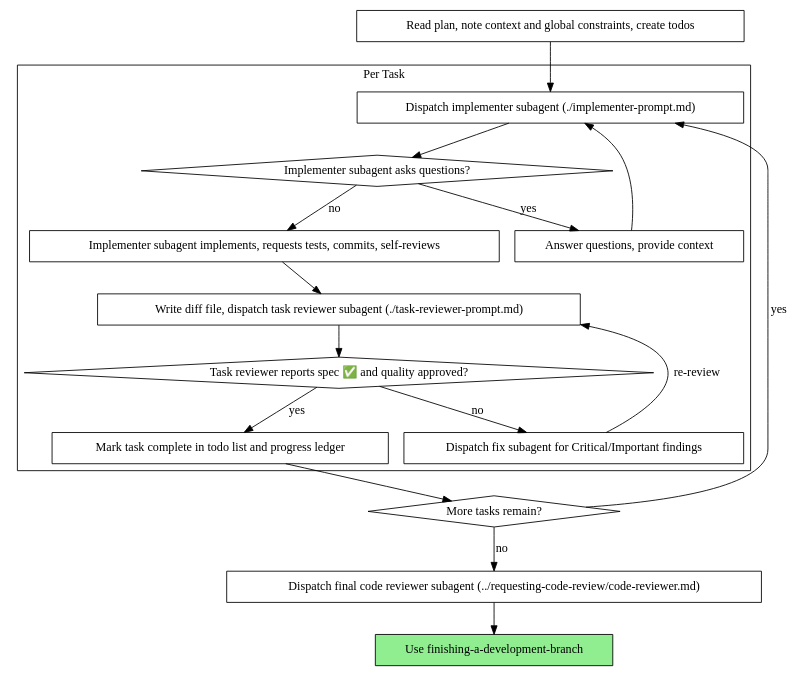
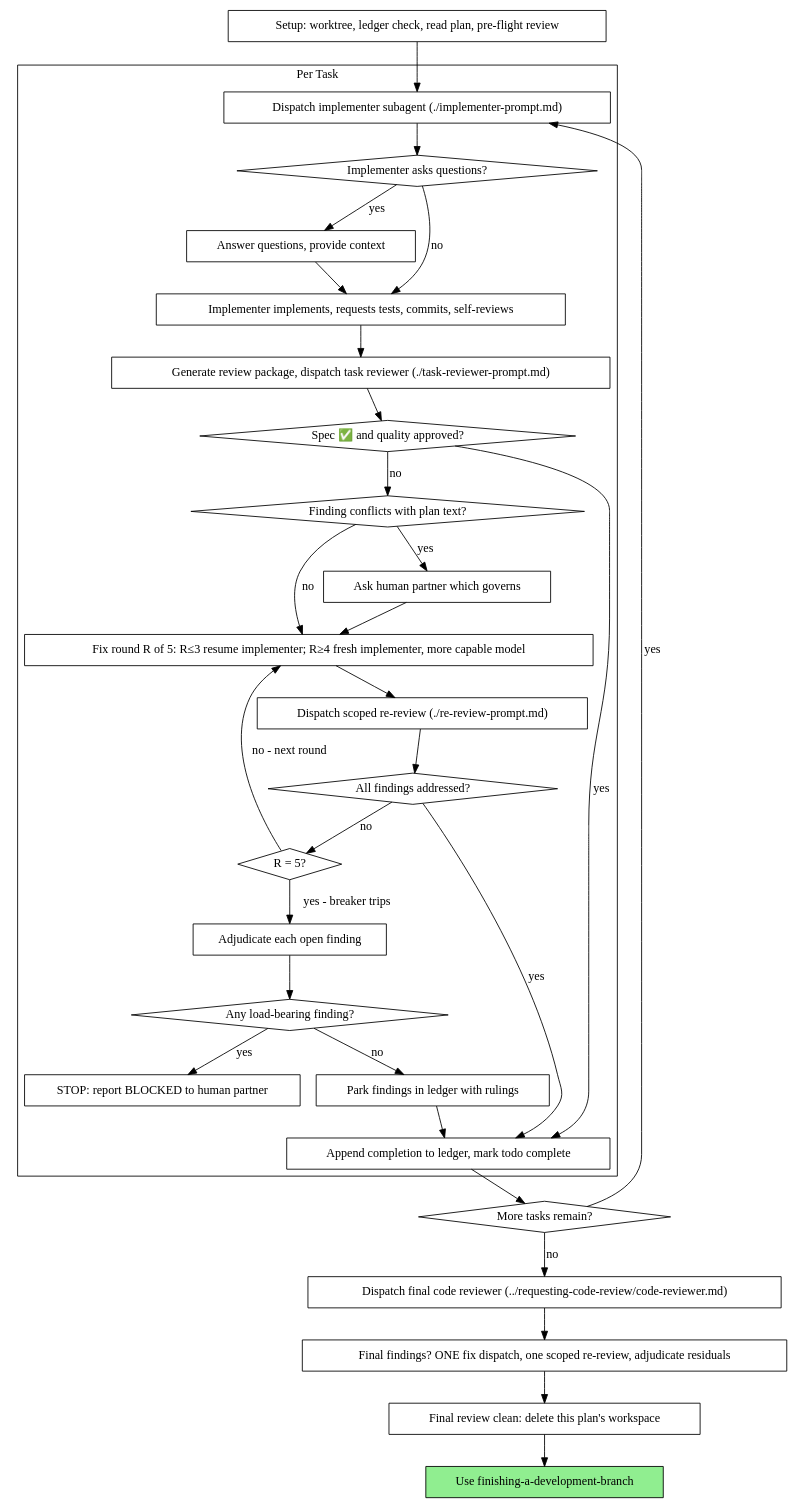
One commit to transparent-pegasus/superpowers-extended changed the second of 2 diagrams in skills/subagent-driven-development/SKILL.md. Above: the diagram before and after it, drawn with Graphviz. The commit also changed other lines of this file and 30 other files, not shown here.

````diff
--- a/skills/subagent-driven-development/SKILL.md
+++ b/skills/subagent-driven-development/SKILL.md
@@ -56,37 +56,62 @@
 ```dot
 digraph process {
     rankdir=TB;
 
     subgraph cluster_per_task {
         label="Per Task";
         "Dispatch implementer subagent (./implementer-prompt.md)" [shape=box];
-        "Implementer subagent asks questions?" [shape=diamond];
+        "Implementer asks questions?" [shape=diamond];
         "Answer questions, provide context" [shape=box];
-        "Implementer subagent implements, requests tests, commits, self-reviews" [shape=box];
-        "Write diff file, dispatch task reviewer subagent (./task-reviewer-prompt.md)" [shape=box];
-        "Task reviewer reports spec ✅ and quality approved?" [shape=diamond];
-        "Dispatch fix subagent for Critical/Important findings" [shape=box];
-        "Mark task complete in todo list and progress ledger" [shape=box];
+        "Implementer implements, requests tests, commits, self-reviews" [shape=box];
+        "Generate review package, dispatch task reviewer (./task-reviewer-prompt.md)" [shape=box];
+        "Spec ✅ and quality approved?" [shape=diamond];
+        "Finding conflicts with plan text?" [shape=diamond];
+        "Ask human partner which governs" [shape=box];
+        "Fix round R of 5: R≤3 resume implementer; R≥4 fresh implementer, more capable model" [shape=box];
+        "Dispatch scoped re-review (./re-review-prompt.md)" [shape=box];
+        "All findings addressed?" [shape=diamond];
+        "R = 5?" [shape=diamond];
+        "Adjudicate each open finding" [shape=box];
+        "Any load-bearing finding?" [shape=diamond];
+        "STOP: report BLOCKED to human partner" [shape=box];
+        "Park findings in ledger with rulings" [shape=box];
+        "Append completion to ledger, mark todo complete" [shape=box];
     }
 
-    "Read plan, note context and global constraints, create todos" [shape=box];
+    "Setup: worktree, ledger check, read plan, pre-flight review" [shape=box];
     "More tasks remain?" [shape=diamond];
-    "Dispatch final code reviewer subagent (../requesting-code-review/code-reviewer.md)" [shape=box];
+    "Dispatch final code reviewer (../requesting-code-review/code-reviewer.md)" [shape=box];
+    "Final findings? ONE fix dispatch, one scoped re-review, adjudicate residuals" [shape=box];
+    "Final review clean: delete this plan's workspace" [shape=box];
     "Use finishing-a-development-branch" [shape=box style=filled fillcolor=lightgreen];
 
-    "Read plan, note context and global constraints, create todos" -> "Dispatch implementer subagent (./implementer-prompt.md)";
-    "Dispatch implementer subagent (./implementer-prompt.md)" -> "Implementer subagent asks questions?";
-    "Implementer subagent asks questions?" -> "Answer questions, provide context" [label="yes"];
-    "Answer questions, provide context" -> "Dispatch implementer subagent (./implementer-prompt.md)";
-    "Implementer subagent asks questions?" -> "Implementer subagent implements, requests tests, commits, self-reviews" [label="no"];
-    "Implementer subagent implements, requests tests, commits, self-reviews" -> "Write diff file, dispatch task reviewer subagent (./task-reviewer-prompt.md)";
-    "Write diff file, dispatch task reviewer subagent (./task-reviewer-prompt.md)" -> "Task reviewer reports spec ✅ and quality approved?";
-    "Task reviewer reports spec ✅ and quality approved?" -> "Dispatch fix subagent for Critical/Important findings" [label="no"];
-    "Dispatch fix subagent for Critical/Important findings" -> "Write diff file, dispatch task reviewer subagent (./task-reviewer-prompt.md)" [label="re-review"];
-    "Task reviewer reports spec ✅ and quality approved?" -> "Mark task complete in todo list and progress ledger" [label="yes"];
-    "Mark task complete in todo list and progress ledger" -> "More tasks remain?";
+    "Setup: worktree, ledger check, read plan, pre-flight review" -> "Dispatch implementer subagent (./implementer-prompt.md)";
+    "Dispatch implementer subagent (./implementer-prompt.md)" -> "Implementer asks questions?";
+    "Implementer asks questions?" -> "Answer questions, provide context" [label="yes"];
+    "Answer questions, provide context" -> "Implementer implements, requests tests, commits, self-reviews";
+    "Implementer asks questions?" -> "Implementer implements, requests tests, commits, self-reviews" [label="no"];
+    "Implementer implements, requests tests, commits, self-reviews" -> "Generate review package, dispatch task reviewer (./task-reviewer-prompt.md)";
+    "Generate review package, dispatch task reviewer (./task-reviewer-prompt.md)" -> "Spec ✅ and quality approved?";
+    "Spec ✅ and quality approved?" -> "Append completion to ledger, mark todo complete" [label="yes"];
+    "Spec ✅ and quality approved?" -> "Finding conflicts with plan text?" [label="no"];
+    "Finding conflicts with plan text?" -> "Ask human partner which governs" [label="yes"];
+    "Ask human partner which governs" -> "Fix round R of 5: R≤3 resume implementer; R≥4 fresh implementer, more capable model";
+    "Finding conflicts with plan text?" -> "Fix round R of 5: R≤3 resume implementer; R≥4 fresh implementer, more capable model" [label="no"];
+    "Fix round R of 5: R≤3 resume implementer; R≥4 fresh implementer, more capable model" -> "Dispatch scoped re-review (./re-review-prompt.md)";
+    "Dispatch scoped re-review (./re-review-prompt.md)" -> "All findings addressed?";
+    "All findings addressed?" -> "Append completion to ledger, mark todo complete" [label="yes"];
+    "All findings addressed?" -> "R = 5?" [label="no"];
+    "R = 5?" -> "Fix round R of 5: R≤3 resume implementer; R≥4 fresh implementer, more capable model" [label="no - next round"];
+    "R = 5?" -> "Adjudicate each open finding" [label="yes - breaker trips"];
+    "Adjudicate each open finding" -> "Any load-bearing finding?";
+    "Any load-bearing finding?" -> "STOP: report BLOCKED to human partner" [label="yes"];
+    "Any load-bearing finding?" -> "Park findings in ledger with rulings" [label="no"];
+    "Park findings in ledger with rulings" -> "Append completion to ledger, mark todo complete";
+    "Append completion to ledger, mark todo complete" -> "More tasks remain?";
     "More tasks remain?" -> "Dispatch implementer subagent (./implementer-prompt.md)" [label="yes"];
-    "More tasks remain?" -> "Dispatch final code reviewer subagent (../requesting-code-review/code-reviewer.md)" [label="no"];
-    "Dispatch final code reviewer subagent (../requesting-code-review/code-reviewer.md)" -> "Use finishing-a-development-branch";
+    "More tasks remain?" -> "Dispatch final code reviewer (../requesting-code-review/code-reviewer.md)" [label="no"];
+    "Dispatch final code reviewer (../requesting-code-review/code-reviewer.md)" -> "Final findings? ONE fix dispatch, one scoped re-review, adjudicate residuals";
+    "Final findings? ONE fix dispatch, one scoped re-review, adjudicate residuals" -> "Final review clean: delete this plan's workspace";
+    "Final review clean: delete this plan's workspace" -> "Use finishing-a-development-branch";
 }
 ```
````
